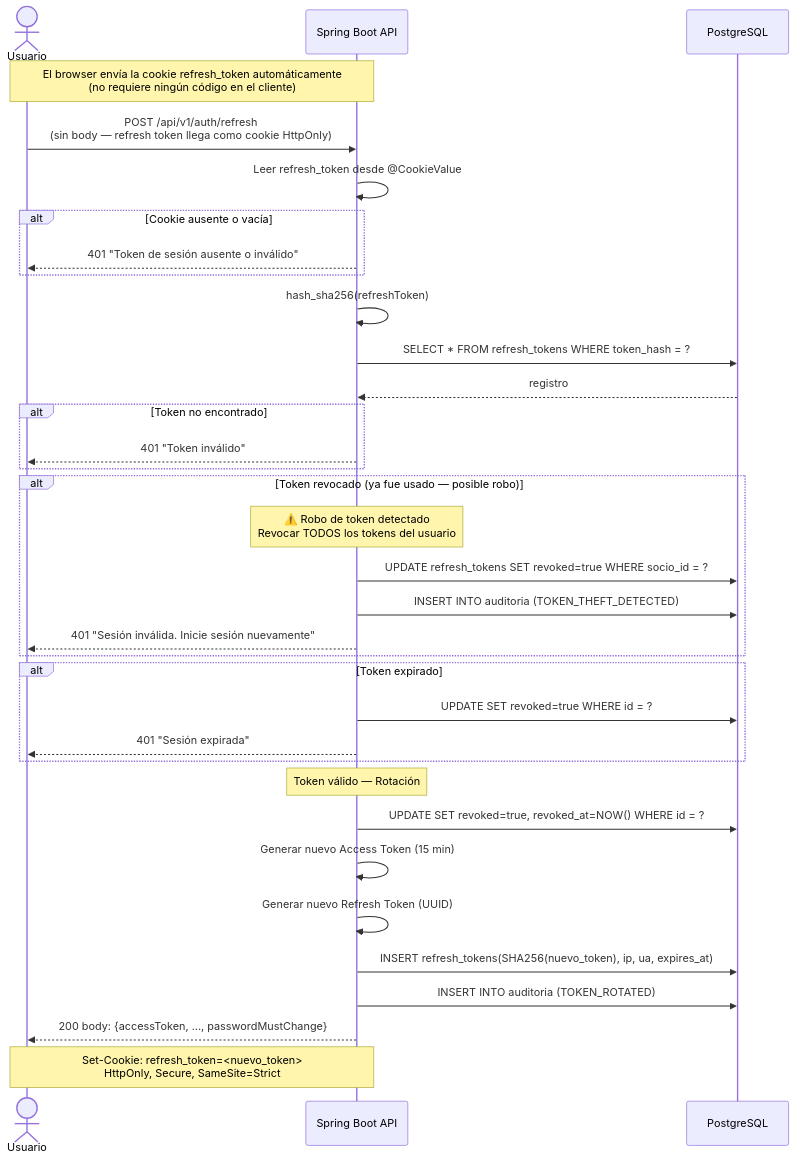
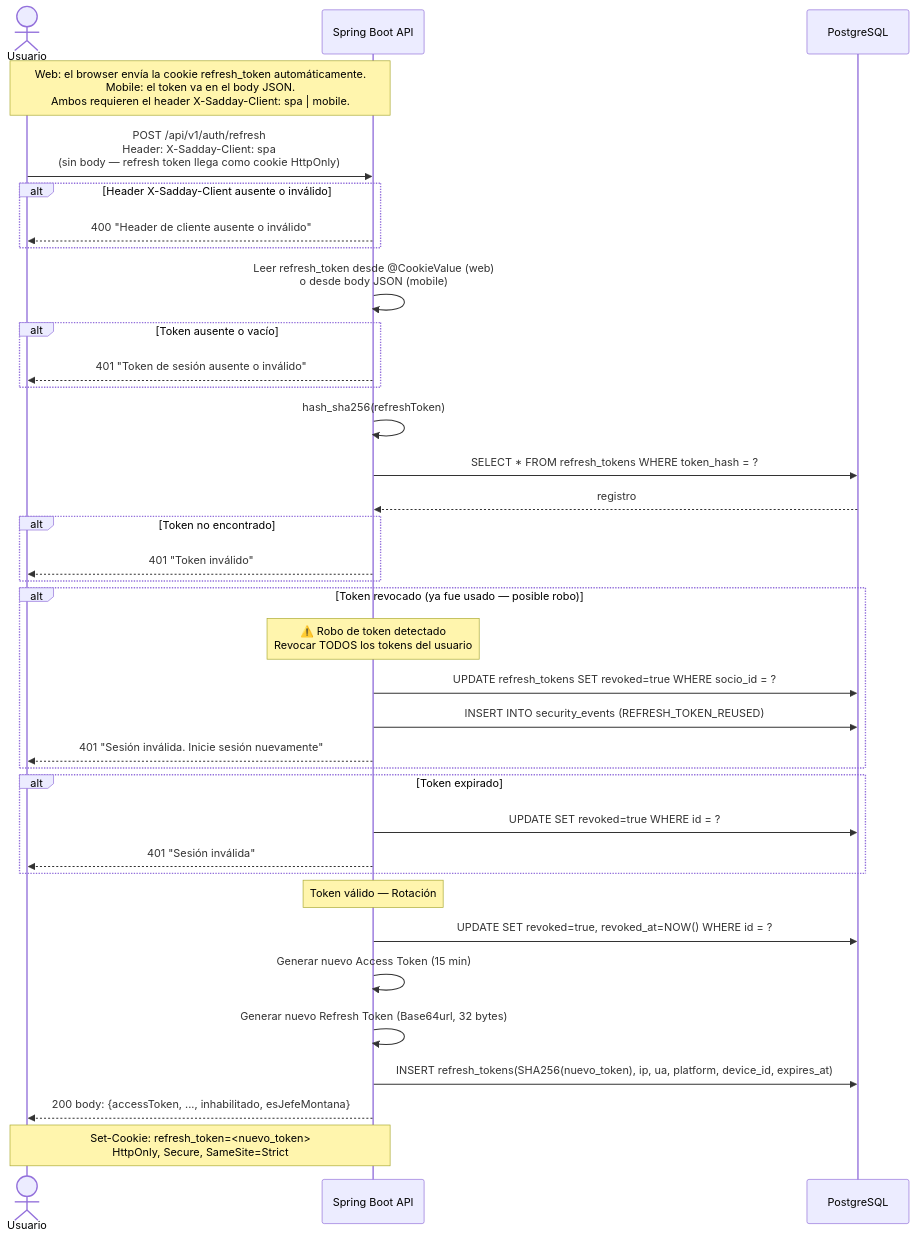
Before and after one commit to ovo86da/sadday-app: the second of 10 diagrams in docs/security/diagramas/02_flujos_autenticacion.md, drawn with Mermaid. The commit also changed other lines of this file, not shown here.

First line of the commit message:
docs(security): actualizar diagramas de autenticación para reflejar implementación real

````diff
--- a/docs/security/diagramas/02_flujos_autenticacion.md
+++ b/docs/security/diagramas/02_flujos_autenticacion.md
@@ -72,44 +93,49 @@
 ```mermaid
 sequenceDiagram
     actor U as Usuario
     participant API as Spring Boot API
     participant DB as PostgreSQL
 
-    Note over U,API: El browser envía la cookie refresh_token automáticamente<br/>(no requiere ningún código en el cliente)
-    U->>API: POST /api/v1/auth/refresh<br/>(sin body — refresh token llega como cookie HttpOnly)
+    Note over U,API: Web: el browser envía la cookie refresh_token automáticamente.<br/>Mobile: el token va en el body JSON.<br/>Ambos requieren el header X-Sadday-Client: spa | mobile.
 
-    API->>API: Leer refresh_token desde @CookieValue
-    alt Cookie ausente o vacía
+    U->>API: POST /api/v1/auth/refresh<br/>Header: X-Sadday-Client: spa<br/>(sin body — refresh token llega como cookie HttpOnly)
+
+    alt Header X-Sadday-Client ausente o inválido
+        API-->>U: 400 "Header de cliente ausente o inválido"
+    end
+
+    API->>API: Leer refresh_token desde @CookieValue (web)<br/>o desde body JSON (mobile)
+
+    alt Token ausente o vacío
         API-->>U: 401 "Token de sesión ausente o inválido"
     end
 
     API->>API: hash_sha256(refreshToken)
     API->>DB: SELECT * FROM refresh_tokens WHERE token_hash = ?
     DB-->>API: registro
 
     alt Token no encontrado
         API-->>U: 401 "Token inválido"
     end
 
     alt Token revocado (ya fue usado — posible robo)
         Note over API: ⚠️ Robo de token detectado<br/>Revocar TODOS los tokens del usuario
         API->>DB: UPDATE refresh_tokens SET revoked=true WHERE socio_id = ?
-        API->>DB: INSERT INTO auditoria (TOKEN_THEFT_DETECTED)
+        API->>DB: INSERT INTO security_events (REFRESH_TOKEN_REUSED)
         API-->>U: 401 "Sesión inválida. Inicie sesión nuevamente"
     end
 
     alt Token expirado
         API->>DB: UPDATE SET revoked=true WHERE id = ?
-        API-->>U: 401 "Sesión expirada"
+        API-->>U: 401 "Sesión inválida"
     end
 
     Note over API: Token válido — Rotación
     API->>DB: UPDATE SET revoked=true, revoked_at=NOW() WHERE id = ?
     API->>API: Generar nuevo Access Token (15 min)
-    API->>API: Generar nuevo Refresh Token (UUID)
-    API->>DB: INSERT refresh_tokens(SHA256(nuevo_token), ip, ua, expires_at)
-    API->>DB: INSERT INTO auditoria (TOKEN_ROTATED)
+    API->>API: Generar nuevo Refresh Token (Base64url, 32 bytes)
+    API->>DB: INSERT refresh_tokens(SHA256(nuevo_token), ip, ua, platform, device_id, expires_at)
 
-    API-->>U: 200 body: {accessToken, ..., passwordMustChange}
+    API-->>U: 200 body: {accessToken, ..., inhabilitado, esJefeMontana}
     Note over U,API: Set-Cookie: refresh_token=<nuevo_token><br/>HttpOnly, Secure, SameSite=Strict
 ```
````
